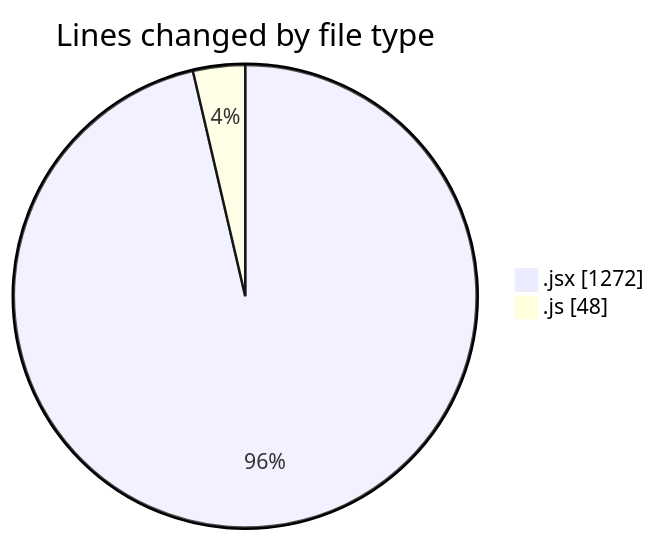
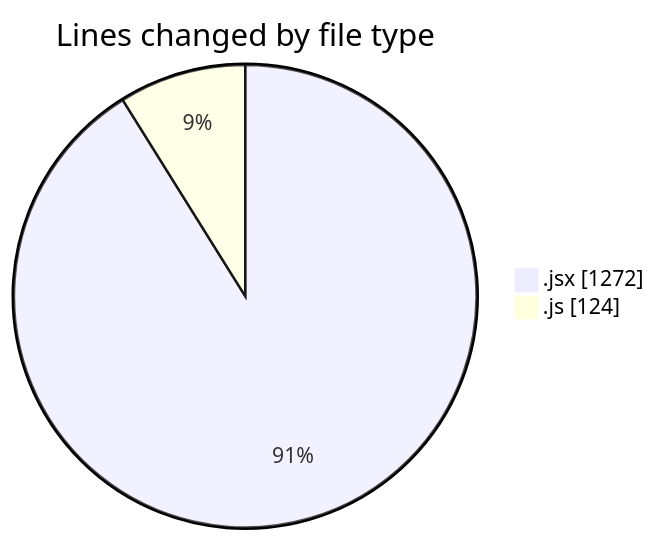
Before and after one commit to nxtqubesakshisongat/code-tracking: the first of 2 diagrams in 2025-05-19/nxtqube_webapp/README.md, drawn with Mermaid. The commit also changed other lines of this file and 1 other file, not shown here.

````diff
--- a/2025-05-19/nxtqube_webapp/README.md
+++ b/2025-05-19/nxtqube_webapp/README.md
@@ -23,6 +24,6 @@
 ```mermaid
 pie showData
 title Lines changed by file type
 ".jsx" : 1272
-".js" : 48
+".js" : 124
 ```
````
